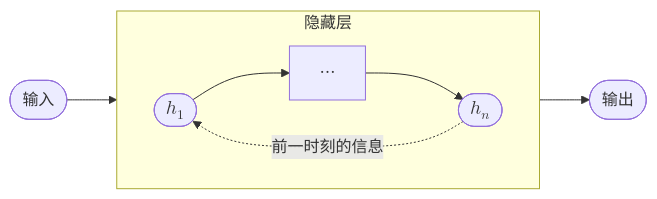
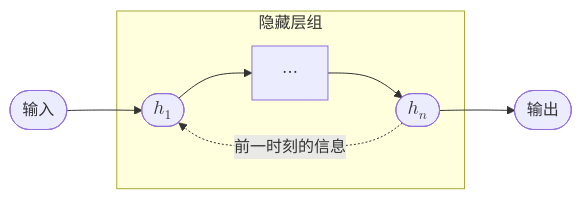
One commit to yangzhenzhuozz/ML changed the second of 6 diagrams in docs/02-MachineLearning/09-RNN.md. Above: the diagram before and after it, drawn with Mermaid. The commit also changed other lines of this file and 5 other files, not shown here.

````diff
--- a/docs/02-MachineLearning/09-RNN.md
+++ b/docs/02-MachineLearning/09-RNN.md
@@ -56,15 +41,16 @@
 ```mermaid
+---
+config:
+  layout:elk
+---
 flowchart LR
-    input(["输入"]) --> h1(["$$h_1$$"])
-
-    subgraph hidden["隐藏层"]
-        direction LR
-        h1
-        dots["⋯"]
-        hn(["$$h_n$$"])
-        h1 --> dots --> hn
-    end
-
+    input(["输入"]) --> h1
+    h1(["$$h_1$$"]) --> dots["⋯"] --> hn(["$$h_n$$"])
     hn --> output(["输出"])
     hn -. "前一时刻的信息" .-> h1
+    subgraph hidden["隐藏层组"]
+        h1
+        dots
+        hn
+    end
 ```
````
